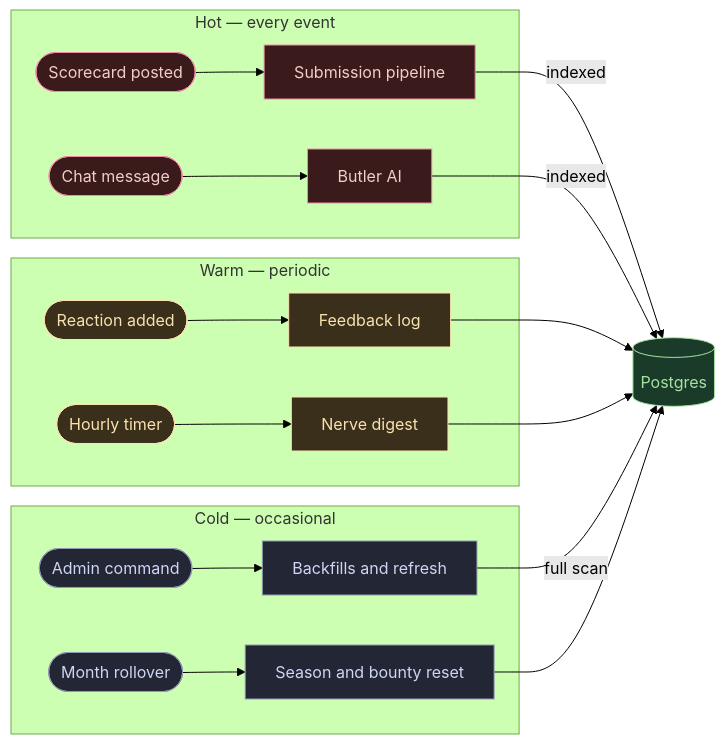
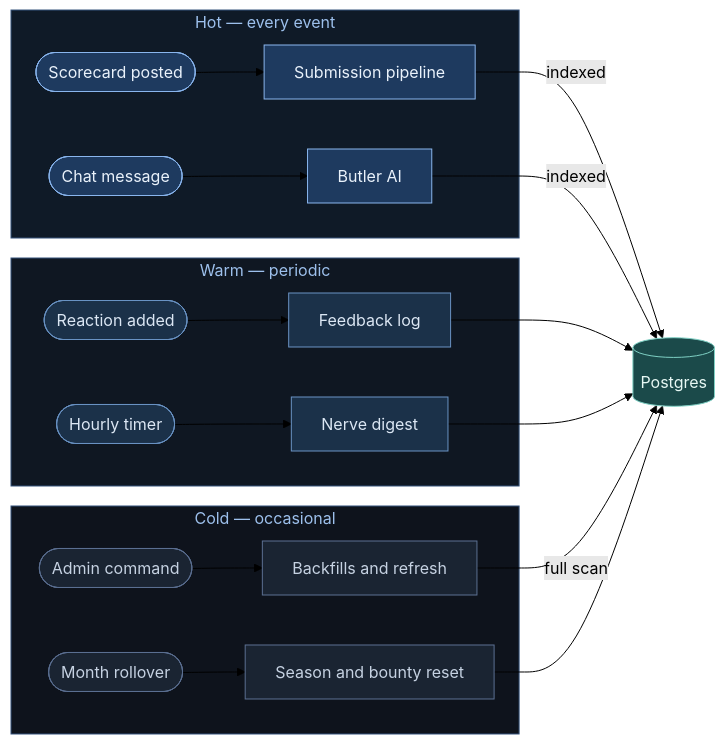
Before and after one commit to haxan-cmd/CigarLoungeButler: the second of 2 diagrams in docs/ARCHITECTURE.md, drawn with Mermaid (forest theme). The commit also changed other lines of this file, not shown here.

Commit message:
Add docs/ARCHITECTURE.md (soft-blue Mermaid diagrams) + README pointer

````diff
--- a/docs/ARCHITECTURE.md
+++ b/docs/ARCHITECTURE.md
@@ -61,30 +72,33 @@
 ```mermaid
 flowchart LR
     subgraph HOT["Hot — every event"]
         H1(["Scorecard posted"]) --> H1W["Submission pipeline"]
         H2(["Chat message"]) --> H2W["Butler AI"]
     end
     subgraph WARM["Warm — periodic"]
         W1(["Reaction added"]) --> W1W["Feedback log"]
         W2(["Hourly timer"]) --> W2W["Nerve digest"]
     end
     subgraph COLD["Cold — occasional"]
         C1(["Admin command"]) --> C1W["Backfills and refresh"]
         C2(["Month rollover"]) --> C2W["Season and bounty reset"]
     end
     H1W -->|indexed| DB[("Postgres")]
     H2W -->|indexed| DB
     W1W --> DB
     W2W --> DB
     C1W -->|full scan| DB
     C2W --> DB
 
-    classDef hot fill:#3a1a1a,stroke:#f38ba8,color:#f2cdcd
-    classDef warm fill:#3a2f1a,stroke:#f9e2af,color:#f9e2af
-    classDef cold fill:#232634,stroke:#9399b2,color:#cdd6f4
-    classDef db fill:#1a3a2a,stroke:#a6e3a1,color:#a6e3a1
+    classDef hot fill:#1e3a5f,stroke:#8ab6ee,color:#eaf2fb
+    classDef warm fill:#1b3149,stroke:#6a93c4,color:#dce7f4
+    classDef cold fill:#1a2432,stroke:#5c7092,color:#c6d2e2
+    classDef db fill:#1b4a4a,stroke:#7fd0c4,color:#e7f8f4
     class H1,H1W,H2,H2W hot
     class W1,W1W,W2,W2W warm
     class C1,C1W,C2,C2W cold
     class DB db
+    style HOT fill:#0f1a27,stroke:#34527b,color:#9dc0ec
+    style WARM fill:#0f1722,stroke:#34527b,color:#9dc0ec
+    style COLD fill:#0e131c,stroke:#34527b,color:#9dc0ec
 ```
````
